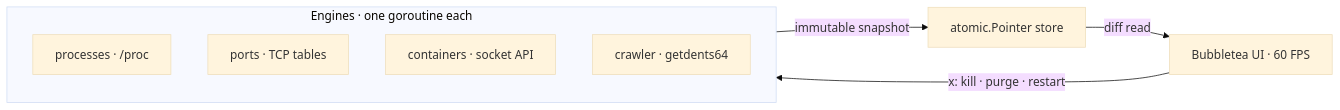
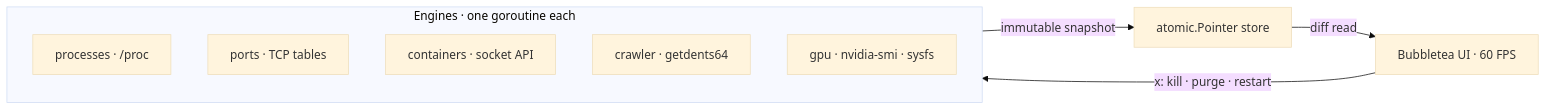
Before and after one commit to gaurav-dhakal/vibe-check: the diagram in README.md, drawn with Mermaid (base theme). The commit also changed other lines of this file and 21 other files, not shown here.

````diff
--- a/README.md
+++ b/README.md
@@ -79,12 +128,13 @@
 ```mermaid
 flowchart LR
     subgraph E[Engines · one goroutine each]
         P[processes · /proc]
         O[ports · TCP tables]
         D[containers · socket API]
         C[crawler · getdents64]
+        G[gpu · nvidia-smi · sysfs]
     end
     E -- immutable snapshot --> S[atomic.Pointer store]
     S -- diff read --> U[Bubbletea UI · 60 FPS]
     U -- "x: kill · purge · restart" --> E
 ```
````
